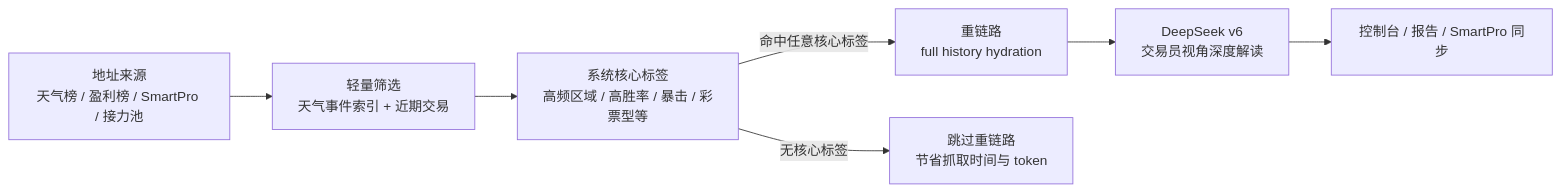
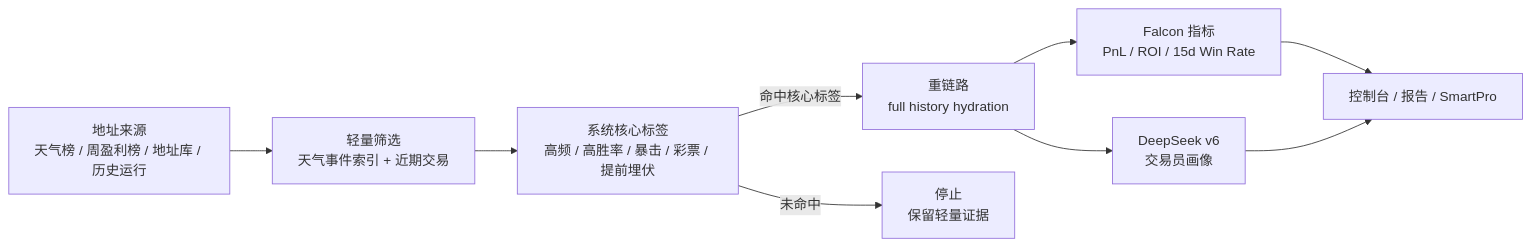
The diagram in README.md (xxoo13149/Finder-app), drawn with Mermaid before and after one commit. The commit also changed other lines of this file and 33 other files, not shown here.

````diff
--- a/README.md
+++ b/README.md
@@ -38,9 +34,11 @@
 ```mermaid
 flowchart LR
-  A["地址来源<br/>天气榜 / 盈利榜 / SmartPro / 接力池"] --> B["轻量筛选<br/>天气事件索引 + 近期交易"]
-  B --> C["系统核心标签<br/>高频区域 / 高胜率 / 暴击 / 彩票型等"]
-  C -->|命中任意核心标签| D["重链路<br/>full history hydration"]
-  C -->|无核心标签| E["跳过重链路<br/>节省抓取时间与 token"]
-  D --> F["DeepSeek v6<br/>交易员视角深度解读"]
-  F --> G["控制台 / 报告 / SmartPro 同步"]
+  A["地址来源<br/>天气榜 / 周盈利榜 / 地址库 / 历史运行"] --> B["轻量筛选<br/>天气事件索引 + 近期交易"]
+  B --> C["系统核心标签<br/>高频 / 高胜率 / 暴击 / 彩票 / 提前埋伏"]
+  C -->|命中核心标签| D["重链路<br/>full history hydration"]
+  C -->|未命中| E["停止<br/>保留轻量证据"]
+  D --> F["Falcon 指标<br/>PnL / ROI / 15d Win Rate"]
+  D --> G["DeepSeek v6<br/>交易员画像"]
+  F --> H["控制台 / 报告 / SmartPro"]
+  G --> H
 ```
````
